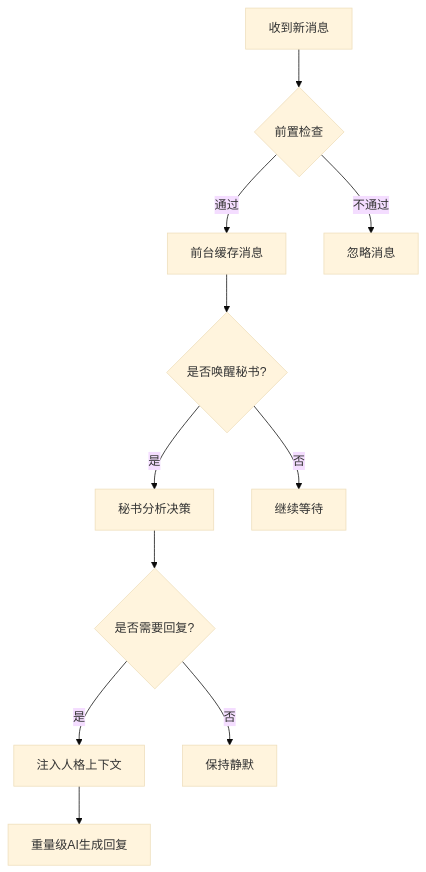
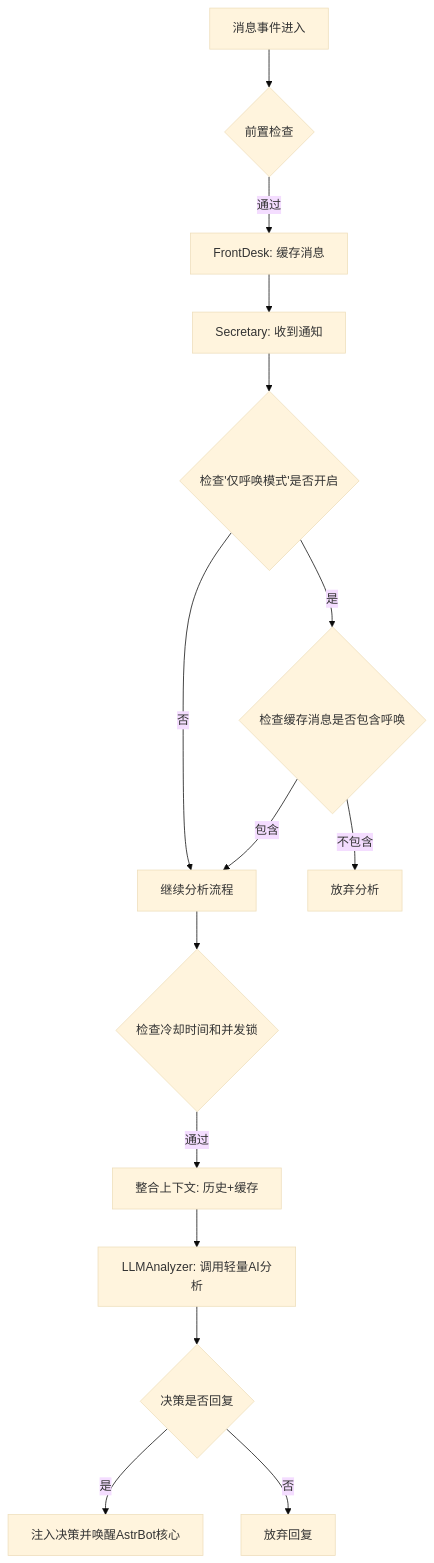
One commit to kawayiYokami/astrbot_plugin_angel_heart changed the diagram in README.md. Above: the diagram before and after it, drawn with Mermaid (base theme). The commit also changed other lines of this file and 16 other files, not shown here.

````diff
--- a/README.md
+++ b/README.md
@@ -29,13 +31,17 @@
 ```mermaid
 graph TD
-    A[收到新消息] --> B{前置检查}
-    B -->|通过| C[前台缓存消息]
-    B -->|不通过| D[忽略消息]
-    C --> E{是否唤醒秘书?}
-    E -->|是| F[秘书分析决策]
-    E -->|否| G[继续等待]
-    F --> H{是否需要回复?}
-    H -->|是| I[注入人格上下文]
-    H -->|否| J[保持静默]
-    I --> K[重量级AI生成回复]
+    A[消息事件进入] --> B{前置检查};
+    B -- 通过 --> C[FrontDesk: 缓存消息];
+    C --> D[Secretary: 收到通知];
+    D --> E{检查'仅呼唤模式'是否开启};
+    E -- 是 --> F{检查缓存消息是否包含呼唤};
+    E -- 否 --> G[继续分析流程];
+    F -- 包含 --> G;
+    F -- 不包含 --> H[放弃分析];
+    G --> I{检查冷却时间和并发锁};
+    I -- 通过 --> J[整合上下文: 历史+缓存];
+    J --> K[LLMAnalyzer: 调用轻量AI分析];
+    K --> L{决策是否回复};
+    L -- 是 --> M[注入决策并唤醒AstrBot核心];
+    L -- 否 --> N[放弃回复];
 ```
````
